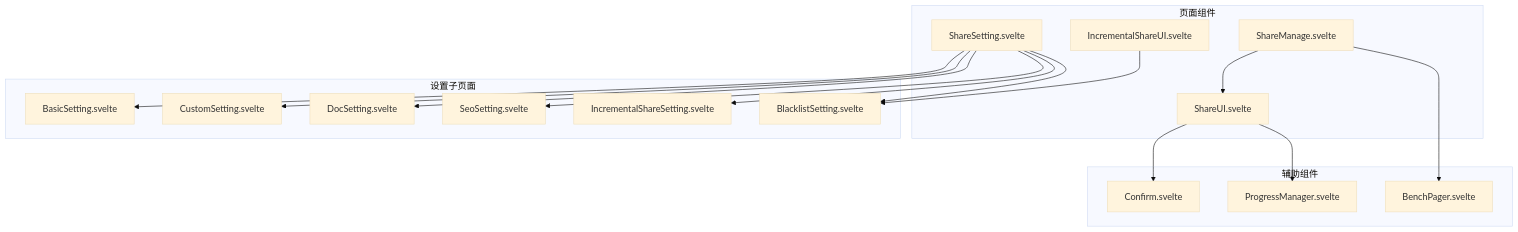
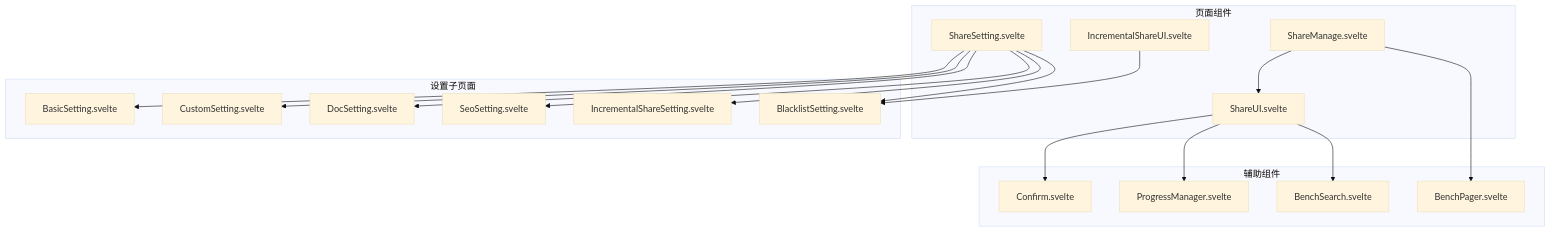
Before and after one commit to terwerinc/siyuan-plugin-share-pro: the first of 7 diagrams in .qoder/repowiki/zh/content/UI组件系统/页面组件.md, drawn with Mermaid (base theme). The commit also changed other lines of this file and 5 other files, not shown here.

````diff
--- a/.qoder/repowiki/zh/content/UI组件系统/页面组件.md
+++ b/.qoder/repowiki/zh/content/UI组件系统/页面组件.md
@@ -55,33 +57,35 @@
 ```mermaid
 graph TB
 subgraph "页面组件"
 SS["ShareSetting.svelte"]
 ISUI["IncrementalShareUI.svelte"]
 SM["ShareManage.svelte"]
 SU["ShareUI.svelte"]
 end
 subgraph "设置子页面"
 BS["BasicSetting.svelte"]
 CS["CustomSetting.svelte"]
 DS["DocSetting.svelte"]
 SEO["SeoSetting.svelte"]
 ISS["IncrementalShareSetting.svelte"]
 BL["BlacklistSetting.svelte"]
 end
 subgraph "辅助组件"
 CONF["Confirm.svelte"]
 PM["ProgressManager.svelte"]
 BP["BenchPager.svelte"]
+BSR["BenchSearch.svelte"]
 end
 SS --> BS
 SS --> CS
 SS --> DS
 SS --> SEO
 SS --> ISS
 SS --> BL
 ISUI --> BL
 SM --> SU
 SU --> CONF
 SU --> PM
 SM --> BP
+SU --> BSR
 ```
````
